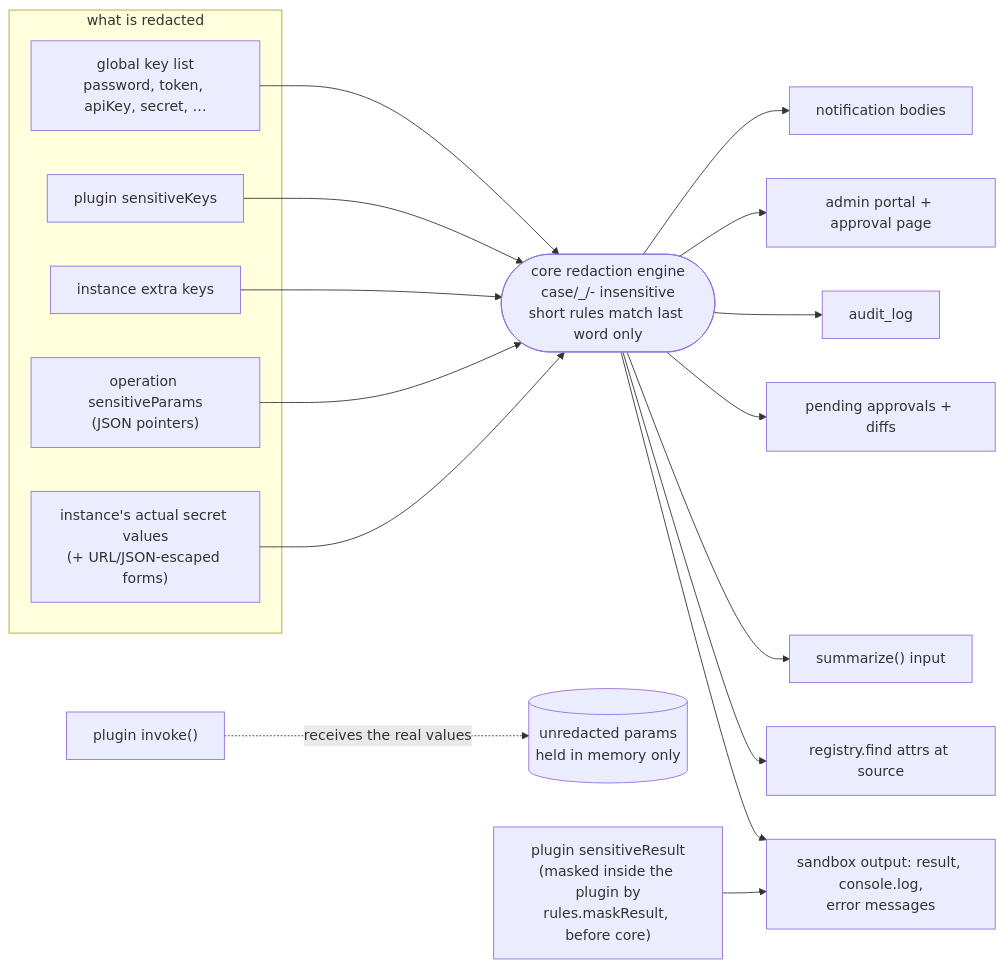
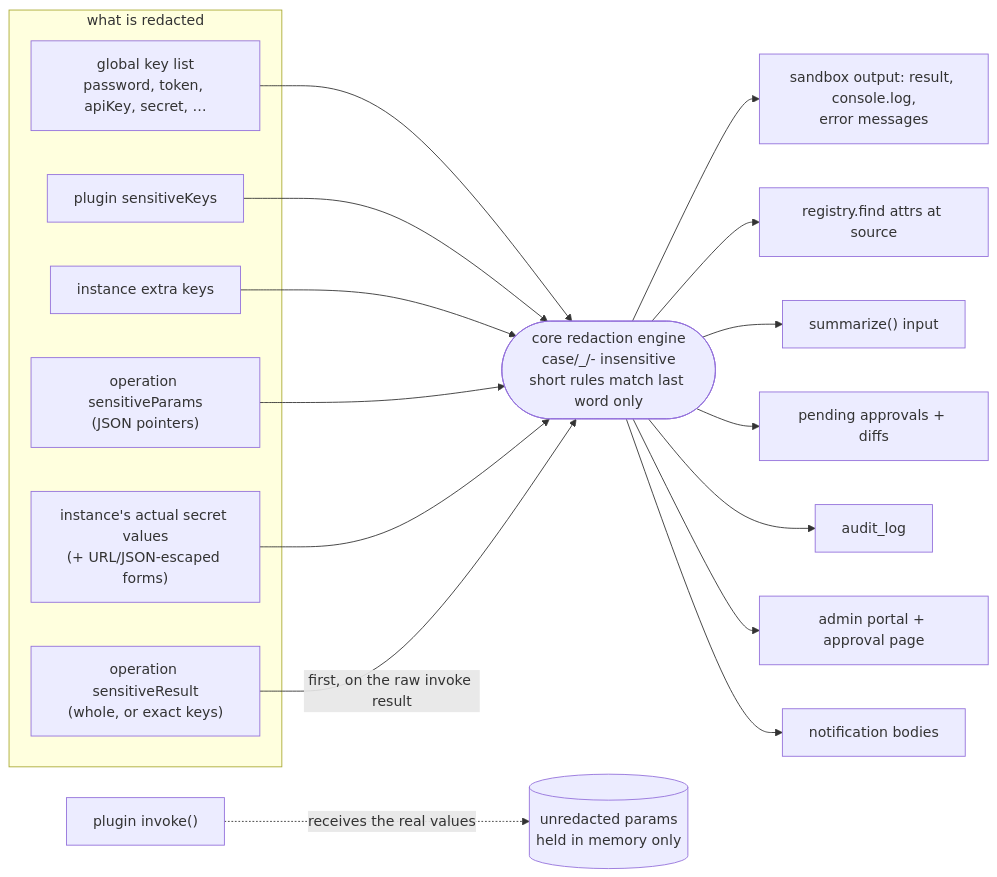
Before and after one commit to via-justa/synoikia-core: diagram 25 of 30 in docs/architecture.md, drawn with Mermaid. The commit also changed other lines of this file and 34 other files, not shown here.

````diff
--- a/docs/architecture.md
+++ b/docs/architecture.md
@@ -1111,23 +1116,24 @@
 ```mermaid
 flowchart LR
   subgraph Rules["what is redacted"]
     g["global key list<br/>password, token, apiKey, secret, …"]
     pk["plugin sensitiveKeys"]
     ik["instance extra keys"]
     sp["operation sensitiveParams<br/>(JSON pointers)"]
     sv["instance's actual secret values<br/>(+ URL/JSON-escaped forms)"]
+    sr["operation sensitiveResult<br/>(whole, or exact keys)"]
   end
 
   eng(["core redaction engine<br/>case/_/- insensitive<br/>short rules match last word only"])
   g & pk & ik & sp & sv --> eng
+  sr -- "first, on the raw invoke result" --> eng
 
   eng --> o1["sandbox output: result, console.log,<br/>error messages"]
   eng --> o2["registry.find attrs at source"]
   eng --> o3["summarize() input"]
   eng --> o4["pending approvals + diffs"]
   eng --> o5["audit_log"]
   eng --> o6["admin portal + approval page"]
   eng --> o7["notification bodies"]
   invoke["plugin invoke()"] -. "receives the real values" .-> real[("unredacted params<br/>held in memory only")]
-  sr["plugin sensitiveResult<br/>(masked inside the plugin by<br/>rules.maskResult, before core)"] --> o1
 ```
````
